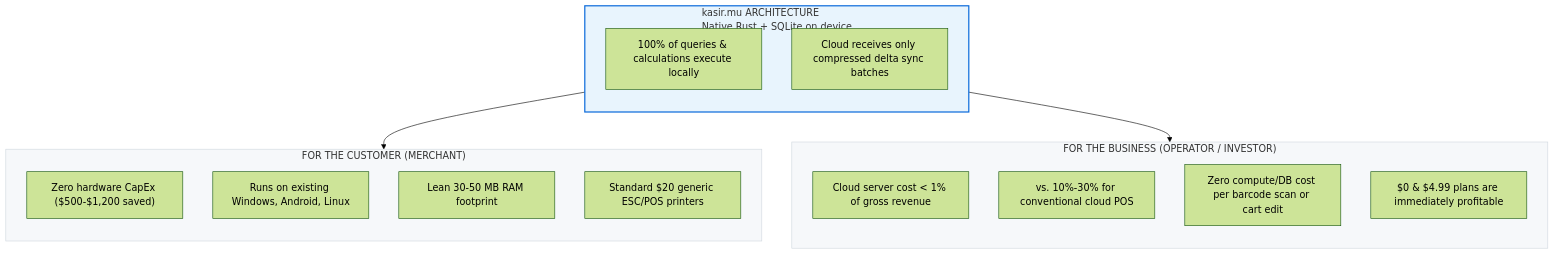
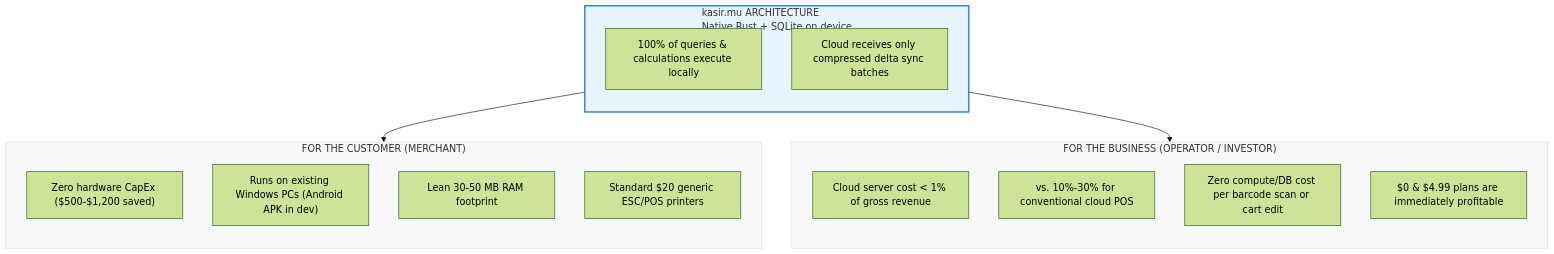
Before and after one commit to kardelitaitu/kasirmu: the first of 2 diagrams in README.md, drawn with Mermaid (forest theme). The commit also changed other lines of this file, not shown here.

Commit message:
docs(readme): clarify Windows as sole production platform and Android in active development

````diff
--- a/README.md
+++ b/README.md
@@ -56,31 +57,31 @@
 ```mermaid
 flowchart TD
     subgraph M["FOR THE CUSTOMER (MERCHANT)"]
         direction TB
         M1["Zero hardware CapEx ($500-$1,200 saved)"]
-        M2["Runs on existing Windows, Android, Linux"]
+        M2["Runs on existing Windows PCs (Android APK in dev)"]
         M3["Lean 30-50 MB RAM footprint"]
         M4["Standard $20 generic ESC/POS printers"]
     end
 
     subgraph ARCH["kasir.mu ARCHITECTURE\nNative Rust + SQLite on device"]
         direction TB
         A1["100% of queries & calculations execute locally"]
         A2["Cloud receives only compressed delta sync batches"]
     end
 
     subgraph B["FOR THE BUSINESS (OPERATOR / INVESTOR)"]
         direction TB
         B1["Cloud server cost < 1% of gross revenue"]
         B2["vs. 10%-30% for conventional cloud POS"]
         B3["Zero compute/DB cost per barcode scan or cart edit"]
         B4["$0 & $4.99 plans are immediately profitable"]
     end
 
     ARCH --> M
     ARCH --> B
 
     style ARCH fill:#e8f4fd,stroke:#0969da,stroke-width:2px
     style M fill:#f6f8fa,stroke:#d0d7de
     style B fill:#f6f8fa,stroke:#d0d7de
 ```
````
